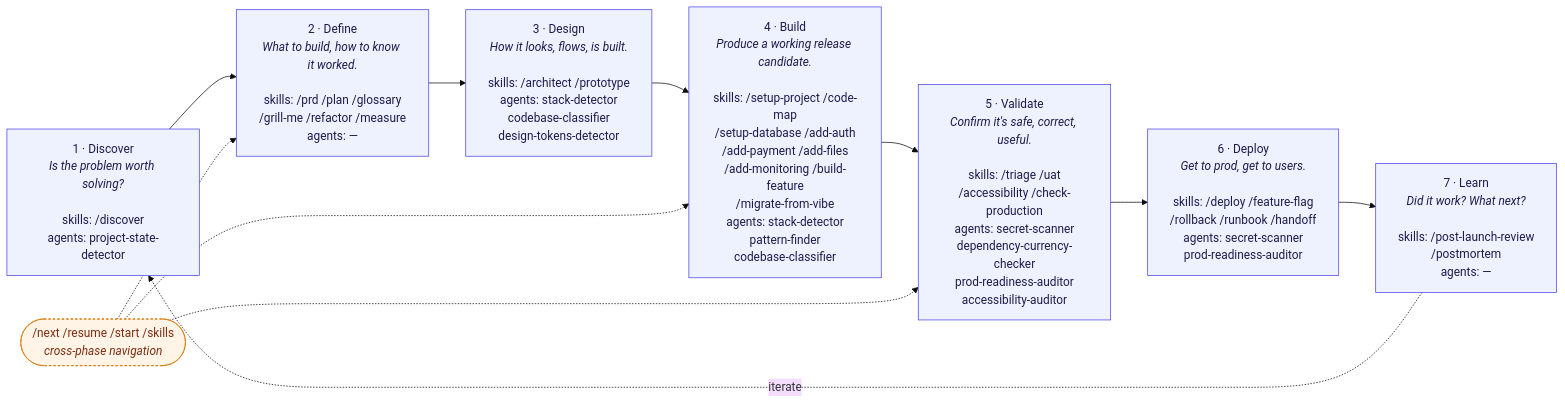
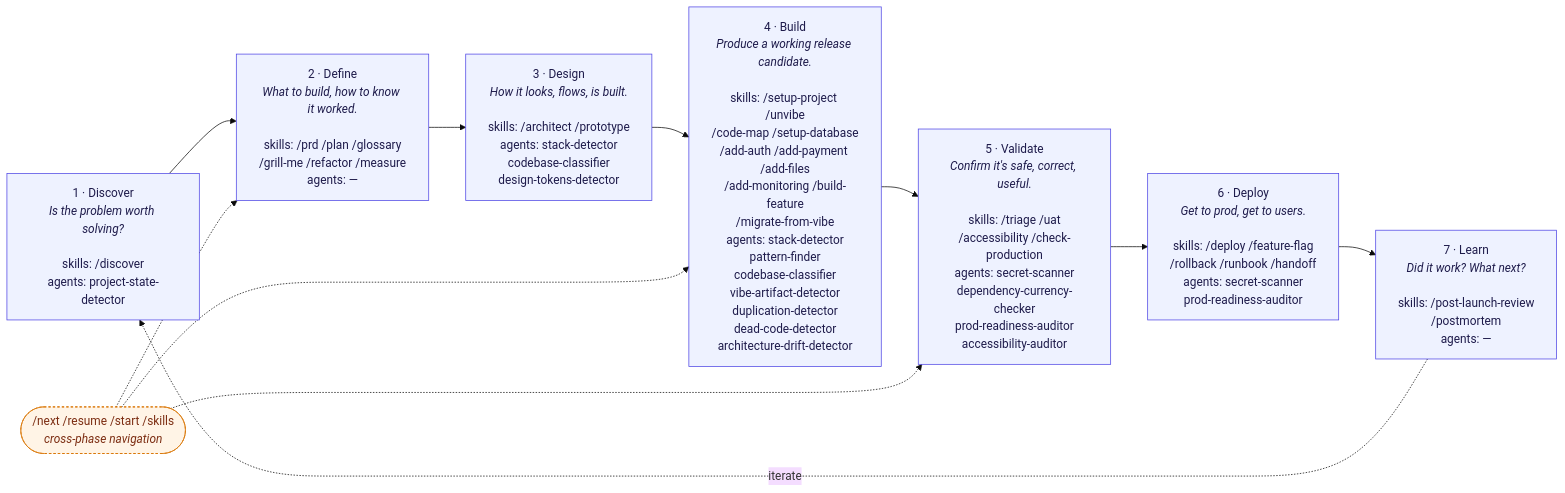
One commit to jnlanahan/Product-Agents-and-Skills changed the first of 2 diagrams in MAP.md. Above: the diagram before and after it, drawn with Mermaid (base theme). The commit also changed other lines of this file and 7 other files, not shown here.

````diff
--- a/MAP.md
+++ b/MAP.md
@@ -35,20 +35,20 @@
 ```mermaid
 flowchart LR
     P1["1 · Discover<br/><i>Is the problem worth solving?</i><br/><br/>skills: /discover<br/>agents: project-state-detector"]
     P2["2 · Define<br/><i>What to build, how to know it worked.</i><br/><br/>skills: /prd /plan /glossary<br/>/grill-me /refactor /measure<br/>agents: —"]
     P3["3 · Design<br/><i>How it looks, flows, is built.</i><br/><br/>skills: /architect /prototype<br/>agents: stack-detector<br/>codebase-classifier<br/>design-tokens-detector"]
-    P4["4 · Build<br/><i>Produce a working release candidate.</i><br/><br/>skills: /setup-project /code-map<br/>/setup-database /add-auth<br/>/add-payment /add-files<br/>/add-monitoring /build-feature<br/>/migrate-from-vibe<br/>agents: stack-detector<br/>pattern-finder<br/>codebase-classifier"]
+    P4["4 · Build<br/><i>Produce a working release candidate.</i><br/><br/>skills: /setup-project /unvibe<br/>/code-map /setup-database<br/>/add-auth /add-payment /add-files<br/>/add-monitoring /build-feature<br/>/migrate-from-vibe<br/>agents: stack-detector<br/>pattern-finder<br/>codebase-classifier<br/>vibe-artifact-detector<br/>duplication-detector<br/>dead-code-detector<br/>architecture-drift-detector"]
     P5["5 · Validate<br/><i>Confirm it's safe, correct, useful.</i><br/><br/>skills: /triage /uat<br/>/accessibility /check-production<br/>agents: secret-scanner<br/>dependency-currency-checker<br/>prod-readiness-auditor<br/>accessibility-auditor"]
     P6["6 · Deploy<br/><i>Get to prod, get to users.</i><br/><br/>skills: /deploy /feature-flag<br/>/rollback /runbook /handoff<br/>agents: secret-scanner<br/>prod-readiness-auditor"]
     P7["7 · Learn<br/><i>Did it work? What next?</i><br/><br/>skills: /post-launch-review<br/>/postmortem<br/>agents: —"]
 
     P1 --> P2 --> P3 --> P4 --> P5 --> P6 --> P7
     P7 -. iterate .-> P1
 
     NS(["/next /resume /start /skills<br/><i>cross-phase navigation</i>"]):::cross
     NS -.-> P2 & P4 & P5
 
     classDef phase fill:#eef2ff,stroke:#4f46e5,color:#1e1b4b;
     classDef cross fill:#fff4e6,stroke:#d97706,color:#7c2d12,stroke-dasharray: 3 3;
     class P1,P2,P3,P4,P5,P6,P7 phase;
 ```
````
